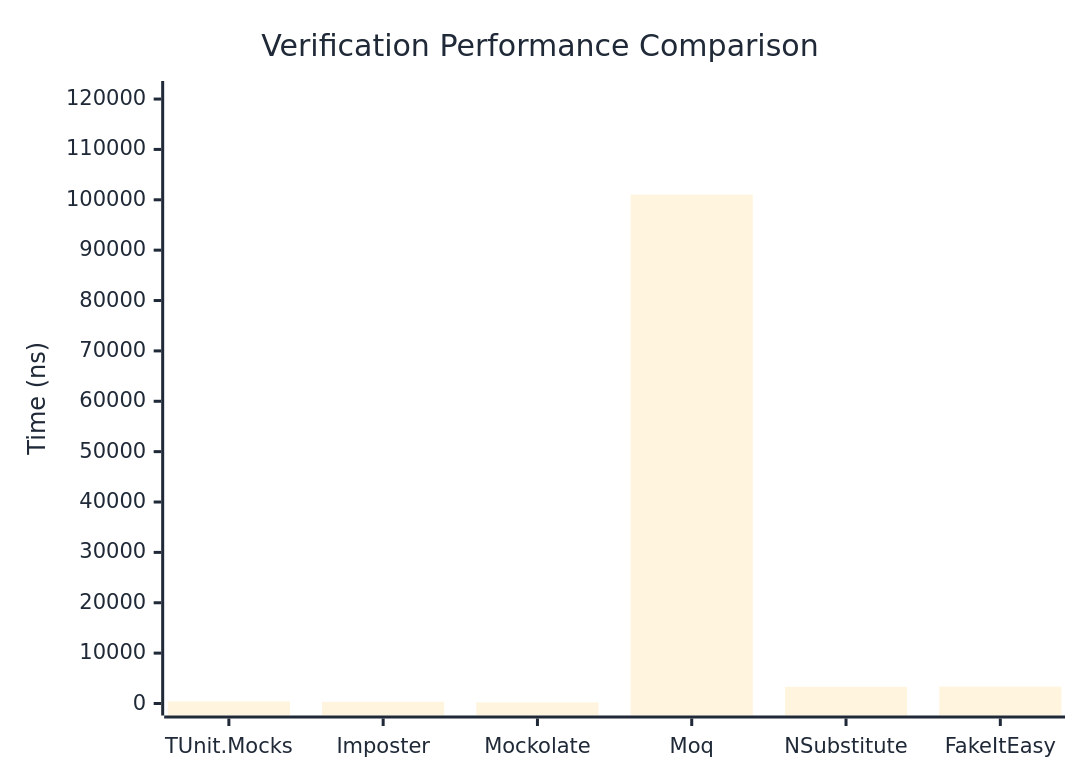
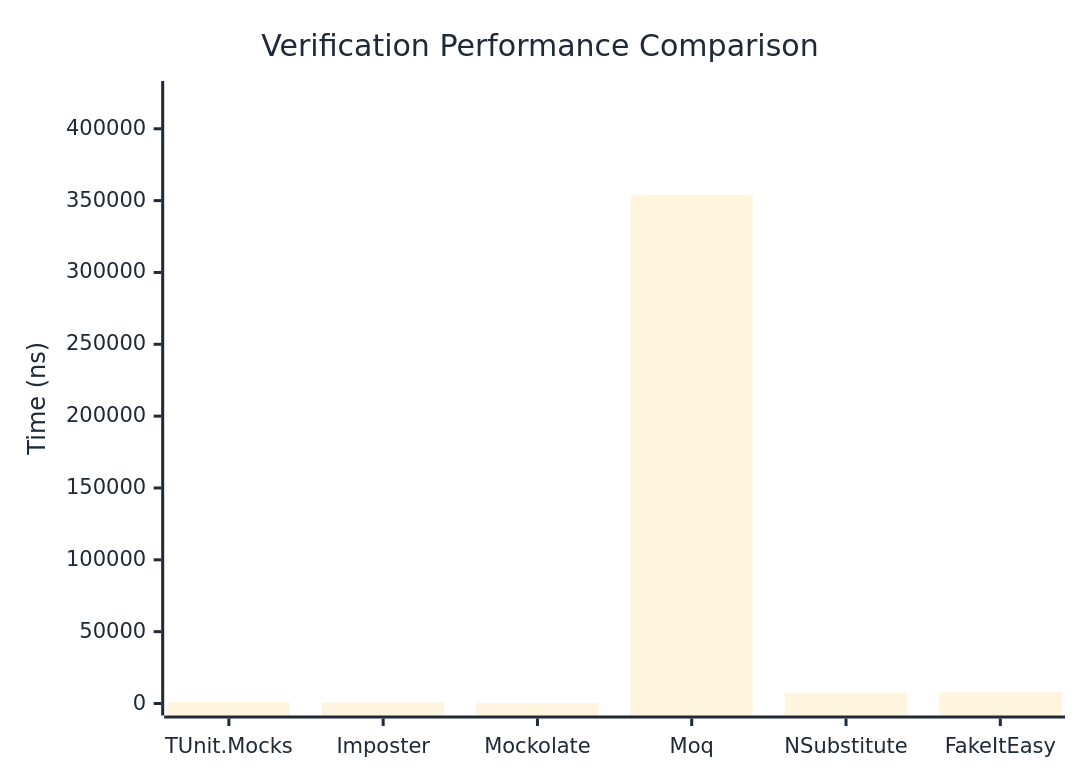
The first of 3 diagrams in docs/docs/benchmarks/mocks/Verification.md (thomhurst/TUnit), drawn with Mermaid before and after one commit. The commit also changed other lines of this file and 14 other files, not shown here.

````diff
--- a/docs/docs/benchmarks/mocks/Verification.md
+++ b/docs/docs/benchmarks/mocks/Verification.md
@@ -30,27 +30,27 @@
 ```mermaid
 %%{init: {
   'theme':'base',
   'themeVariables': {
     'primaryColor': '#2563eb',
     'primaryTextColor': '#1f2937',
     'primaryBorderColor': '#1e40af',
     'lineColor': '#6b7280',
     'secondaryColor': '#7c3aed',
     'tertiaryColor': '#dc2626',
     'background': '#ffffff',
     'pie1': '#2563eb',
     'pie2': '#7c3aed',
     'pie3': '#dc2626',
     'pie4': '#f59e0b',
     'pie5': '#10b981',
     'pie6': '#06b6d4',
     'pie7': '#ec4899',
     'pie8': '#6366f1'
   }
 }}%%
 xychart-beta
   title "Verification Performance Comparison"
   x-axis ["TUnit.Mocks", "Imposter", "Mockolate", "Moq", "NSubstitute", "FakeItEasy"]
-  y-axis "Time (ns)" 0 --> 121202
-  bar [409.68, 330.85, 231.52, 101001.39, 3313.63, 3352.41]
+  y-axis "Time (ns)" 0 --> 424897
+  bar [784.51, 713.79, 455.47, 354080.47, 7492.8, 7803.13]
 ```
````
